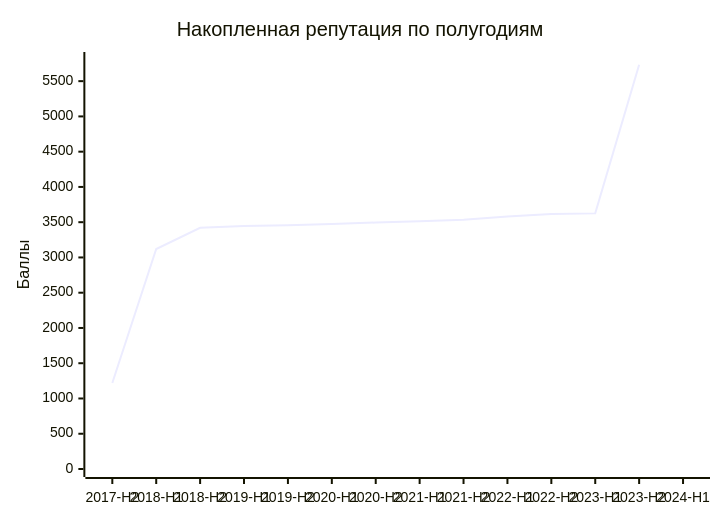
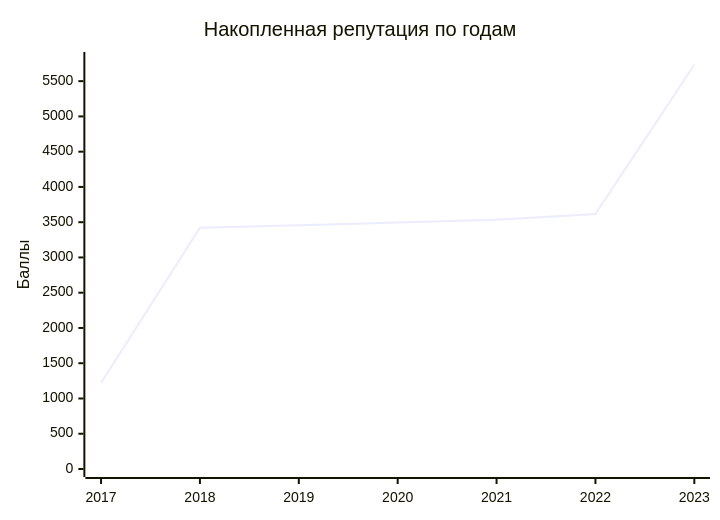
The second of 3 diagrams in README.md (Goodzonchik/Goodzonchik), drawn with Mermaid before and after one commit. The commit also changed other lines of this file, not shown here.

````diff
--- a/README.md
+++ b/README.md
@@ -35,9 +35,7 @@
 ```mermaid
 xychart-beta
-    title "Накопленная репутация по полугодиям"
-    x-axis ["2017-H2", "2018-H1", "2018-H2", "2019-H1", "2019-H2", 
-            "2020-H1", "2020-H2", "2021-H1", "2021-H2", 
-            "2022-H1", "2022-H2", "2023-H1", "2023-H2", "2024-H1"]
+    title "Накопленная репутация по годам"
+    x-axis ["2017", "2018", "2019", "2020", "2021", "2022", "2023"]
     y-axis "Баллы" 0 --> 5800
-    line [1220, 3120, 3420, 3445, 3455, 3475, 3495, 3515, 3535, 3580, 3615, 3625, 5733]
+    line [1220, 3420, 3455, 3495, 3535, 3615, 5733]
 ```
````
